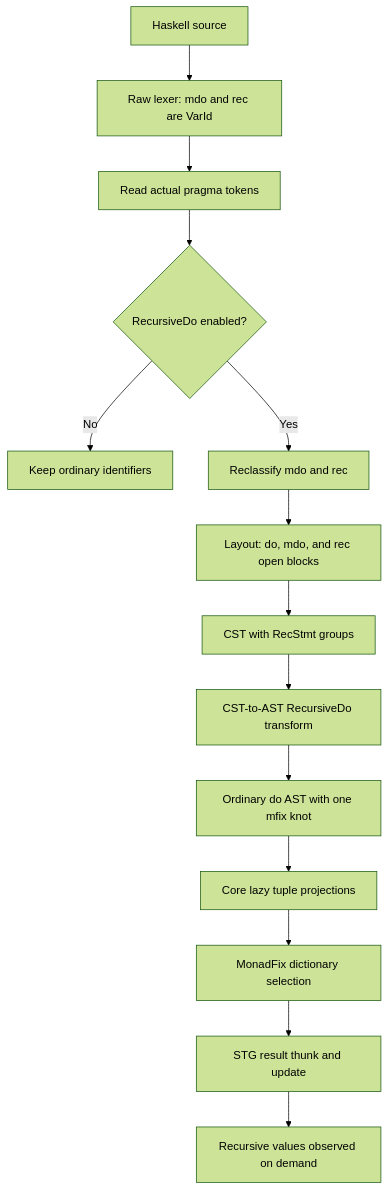
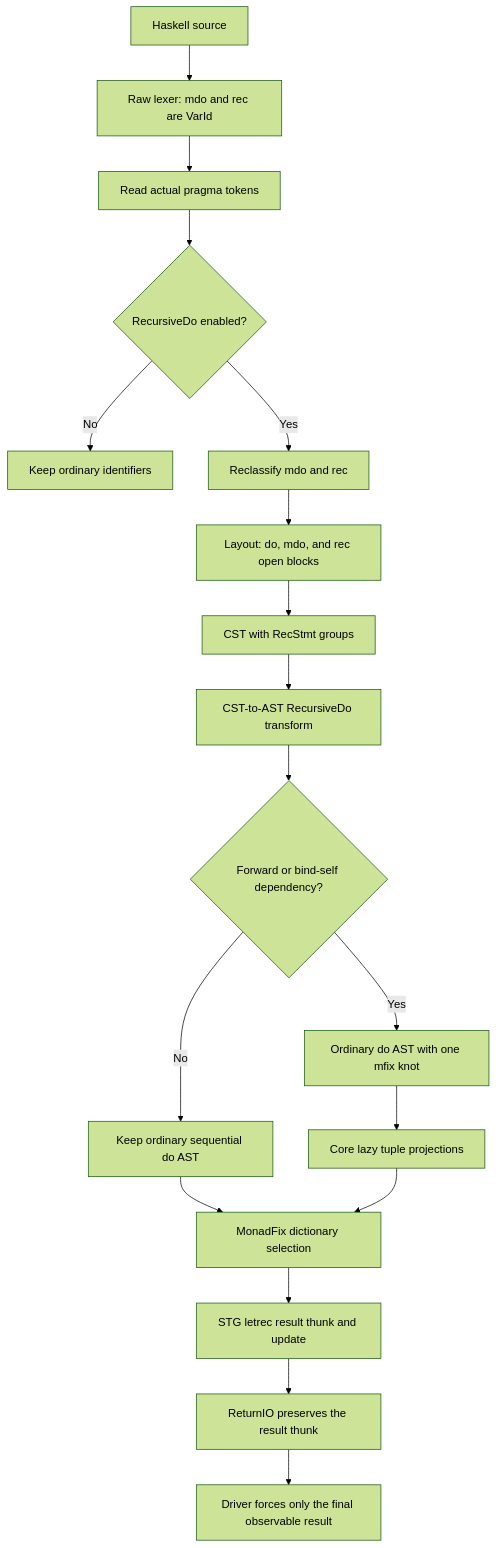
Before and after one commit to loveJesus/haskelujah-chirho: the diagram in spec-chirho/workflows-chirho/recursive-do-chirho.md, drawn with Mermaid (forest theme). The commit also changed other lines of this file and 15 other files, not shown here.

Commit message:
feat: complete RecursiveDo knot semantics

````diff
--- a/spec-chirho/workflows-chirho/recursive-do-chirho.md
+++ b/spec-chirho/workflows-chirho/recursive-do-chirho.md
@@ -8,16 +8,20 @@
 ```mermaid
 flowchart TD
     source_chirho[Haskell source] --> raw_lexer_chirho[Raw lexer: mdo and rec are VarId]
     raw_lexer_chirho --> pragma_tokens_chirho[Read actual pragma tokens]
     pragma_tokens_chirho --> extension_state_chirho{RecursiveDo enabled?}
     extension_state_chirho -->|No| ordinary_tokens_chirho[Keep ordinary identifiers]
     extension_state_chirho -->|Yes| contextual_tokens_chirho[Reclassify mdo and rec]
     contextual_tokens_chirho --> layout_chirho[Layout: do, mdo, and rec open blocks]
     layout_chirho --> cst_chirho[CST with RecStmt groups]
     cst_chirho --> ast_transform_chirho[CST-to-AST RecursiveDo transform]
-    ast_transform_chirho --> mfix_knot_chirho[Ordinary do AST with one mfix knot]
+    ast_transform_chirho --> dependency_check_chirho{Forward or bind-self dependency?}
+    dependency_check_chirho -->|No| sequential_do_chirho[Keep ordinary sequential do AST]
+    dependency_check_chirho -->|Yes| mfix_knot_chirho[Ordinary do AST with one mfix knot]
+    sequential_do_chirho --> monadfix_dict_chirho
     mfix_knot_chirho --> lazy_projection_chirho[Core lazy tuple projections]
     lazy_projection_chirho --> monadfix_dict_chirho[MonadFix dictionary selection]
-    monadfix_dict_chirho --> stg_knot_chirho[STG result thunk and update]
-    stg_knot_chirho --> observable_result_chirho[Recursive values observed on demand]
+    monadfix_dict_chirho --> stg_knot_chirho[STG letrec result thunk and update]
+    stg_knot_chirho --> lazy_return_chirho[ReturnIO preserves the result thunk]
+    lazy_return_chirho --> observable_result_chirho[Driver forces only the final observable result]
 ```
````
